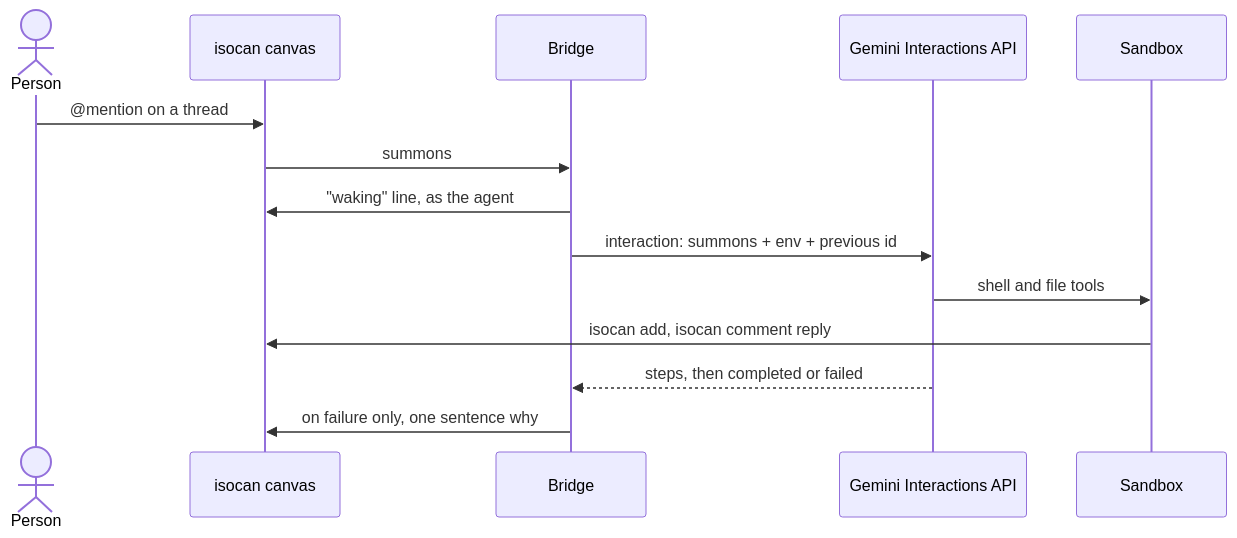
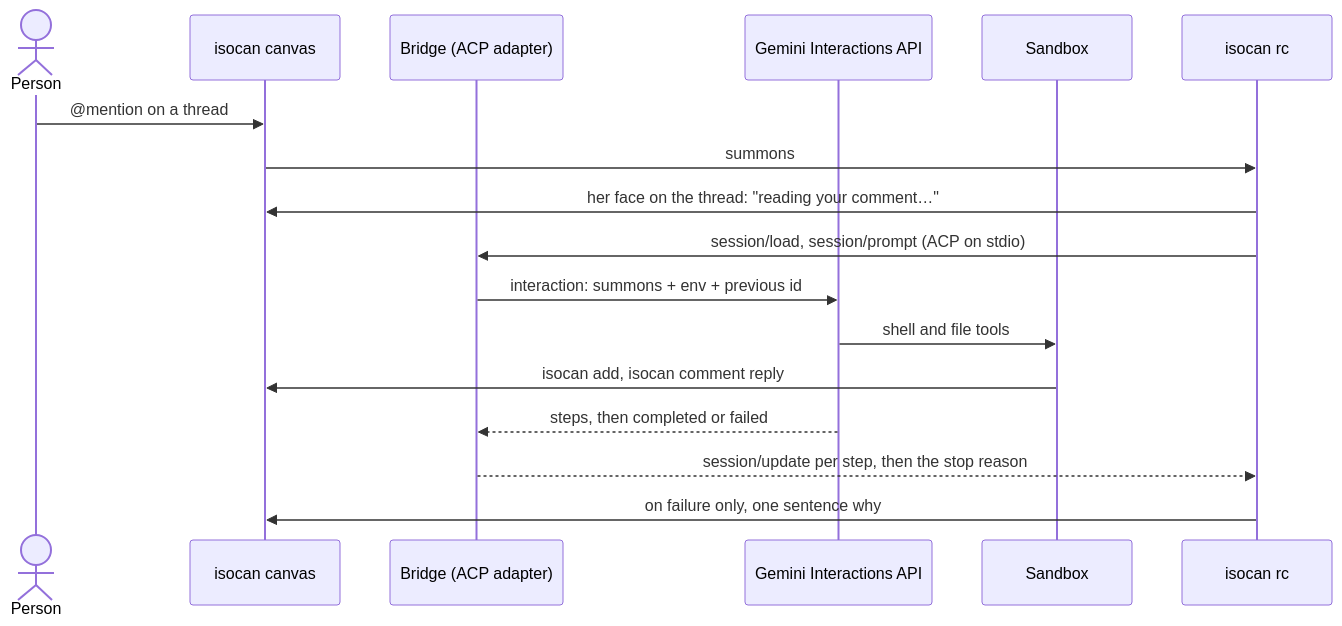
One commit to dglazkov/isocannery changed the diagram in docs/design.md. Above: the diagram before and after it, drawn with Mermaid. The commit also changed other lines of this file and 9 other files, not shown here.

First line of the commit message:
The bridge is an ACP adapter for isocan rc: a skeleton with a fake turn

````diff
--- a/docs/design.md
+++ b/docs/design.md
@@ -69,16 +69,19 @@
 ```mermaid
 sequenceDiagram
     actor P as Person
     participant C as isocan canvas
-    participant B as Bridge
+    participant B as Bridge (ACP adapter)
     participant G as Gemini Interactions API
     participant S as Sandbox
+    participant R as isocan rc
     P->>C: @mention on a thread
-    C->>B: summons
-    B->>C: "waking" line, as the agent
+    C->>R: summons
+    R->>C: her face on the thread: "reading your comment…"
+    R->>B: session/load, session/prompt (ACP on stdio)
     B->>G: interaction: summons + env + previous id
     G->>S: shell and file tools
     S->>C: isocan add, isocan comment reply
     G-->>B: steps, then completed or failed
-    B->>C: on failure only, one sentence why
+    B-->>R: session/update per step, then the stop reason
+    R->>C: on failure only, one sentence why
 ```
````
